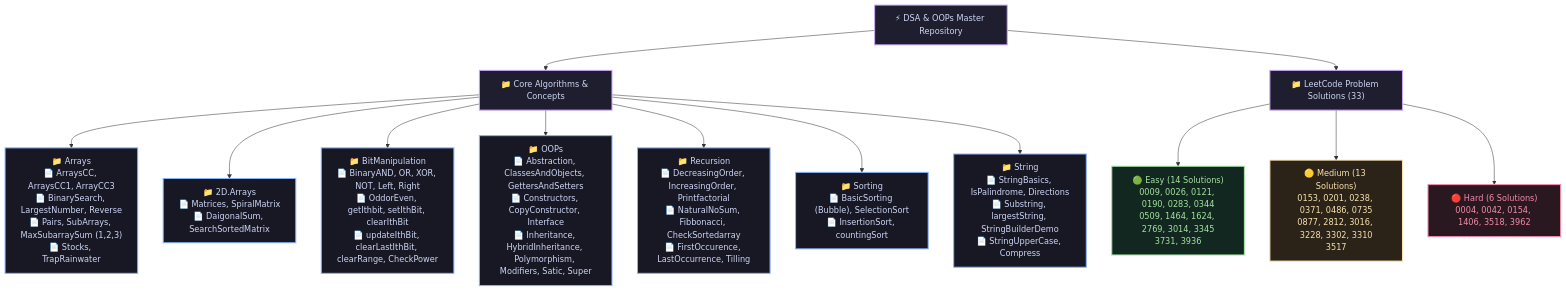
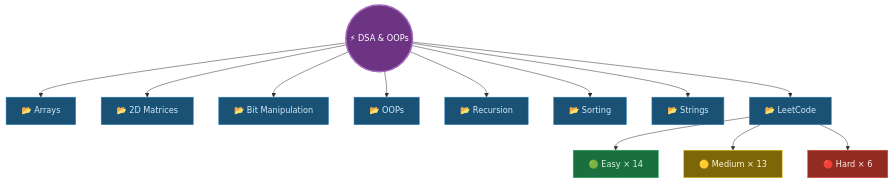
The diagram in README.md (raghuvanshi-sec/DSA), drawn with Mermaid before and after one commit. The commit also changed other lines of this file, not shown here.

Commit message:
docs: overhaul README structure with updated metrics, repository visualization, and organized content summaries

````diff
--- a/README.md
+++ b/README.md
@@ -185,31 +75,30 @@
 ```mermaid
-flowchart TD
-    Root["⚡ DSA & OOPs Master Repository"]
-    
-    Root --> Core["📁 Core Algorithms & Concepts"]
-    Root --> LC["📁 LeetCode Problem Solutions (33)"]
-    
-    Core --> Arrays["📁 Arrays<br/>📄 ArraysCC, ArraysCC1, ArrayCC3<br/>📄 BinarySearch, LargestNumber, Reverse<br/>📄 Pairs, SubArrays, MaxSubarraySum (1,2,3)<br/>📄 Stocks, TrapRainwater"]
-    Core --> Matrices["📁 2D.Arrays<br/>📄 Matrices, SpiralMatrix<br/>📄 DaigonalSum, SearchSortedMatrix"]
-    Core --> Bitwise["📁 BitManipulation<br/>📄 BinaryAND, OR, XOR, NOT, Left, Right<br/>📄 OddorEven, getIthbit, setIthBit, clearIthBit<br/>📄 updateIthBit, clearLastIthBit, clearRange, CheckPower"]
-    Core --> OOPs["📁 OOPs<br/>📄 Abstraction, ClassesAndObjects, GettersAndSetters<br/>📄 Constructors, CopyConstructor, Interface<br/>📄 Inheritance, HybridInheritance, Polymorphism, Modifiers, Satic, Super"]
-    Core --> Recursion["📁 Recursion<br/>📄 DecreasingOrder, IncreasingOrder, Printfactorial<br/>📄 NaturalNoSum, Fibbonacci, CheckSortedarray<br/>📄 FirstOccurence, LastOccurrence, Tilling"]
-    Core --> Sorting["📁 Sorting<br/>📄 BasicSorting (Bubble), SelectionSort<br/>📄 InsertionSort, countingSort"]
-    Core --> Strings["📁 String<br/>📄 StringBasics, IsPalindrome, Directions<br/>📄 Substring, largestString, StringBuilderDemo<br/>📄 StringUpperCase, Compress"]
-    
-    LC --> Easy["🟢 Easy (14 Solutions)<br/>0009, 0026, 0121, 0190, 0283, 0344<br/>0509, 1464, 1624, 2769, 3014, 3345<br/>3731, 3936"]
-    LC --> Medium["🟡 Medium (13 Solutions)<br/>0153, 0201, 0238, 0371, 0486, 0735<br/>0877, 2812, 3016, 3228, 3302, 3310<br/>3517"]
-    LC --> Hard["🔴 Hard (6 Solutions)<br/>0004, 0042, 0154, 1406, 3518, 3962"]
+graph TD
+    R(("⚡ DSA & OOPs"))
 
-    classDef root fill:#1e1e2e,stroke:#cba6f7,stroke-width:2px,color:#cdd6f4;
-    classDef folder fill:#181825,stroke:#89b4fa,stroke-width:2px,color:#cdd6f4;
-    classDef easy fill:#112720,stroke:#a6e3a1,stroke-width:2px,color:#a6e3a1;
-    classDef medium fill:#2b2318,stroke:#f9e2af,stroke-width:2px,color:#f9e2af;
-    classDef hard fill:#2a1820,stroke:#f38ba8,stroke-width:2px,color:#f38ba8;
-    
-    class Root,Core,LC root;
-    class Arrays,Matrices,Bitwise,OOPs,Recursion,Sorting,Strings folder;
-    class Easy easy;
-    class Medium medium;
-    class Hard hard;
+    R --> A["📂 Arrays"]
+    R --> M["📂 2D Matrices"]
+    R --> B["📂 Bit Manipulation"]
+    R --> O["📂 OOPs"]
+    R --> REC["📂 Recursion"]
+    R --> S["📂 Sorting"]
+    R --> ST["📂 Strings"]
+    R --> LC["📂 LeetCode"]
+
+    LC --> E["🟢 Easy × 14"]
+    LC --> MD["🟡 Medium × 13"]
+    LC --> H["🔴 Hard × 6"]
+
+    style R fill:#6c3483,stroke:#a569bd,stroke-width:3px,color:#fff
+    style A fill:#1a5276,stroke:#2e86c1,color:#d6eaf8
+    style M fill:#1a5276,stroke:#2e86c1,color:#d6eaf8
+    style B fill:#1a5276,stroke:#2e86c1,color:#d6eaf8
+    style O fill:#1a5276,stroke:#2e86c1,color:#d6eaf8
+    style REC fill:#1a5276,stroke:#2e86c1,color:#d6eaf8
+    style S fill:#1a5276,stroke:#2e86c1,color:#d6eaf8
+    style ST fill:#1a5276,stroke:#2e86c1,color:#d6eaf8
+    style LC fill:#1a5276,stroke:#2e86c1,color:#d6eaf8
+    style E fill:#196f3d,stroke:#27ae60,color:#d5f5e3
+    style MD fill:#7d6608,stroke:#f1c40f,color:#fef9e7
+    style H fill:#922b21,stroke:#e74c3c,color:#fdedec
 ```
````
